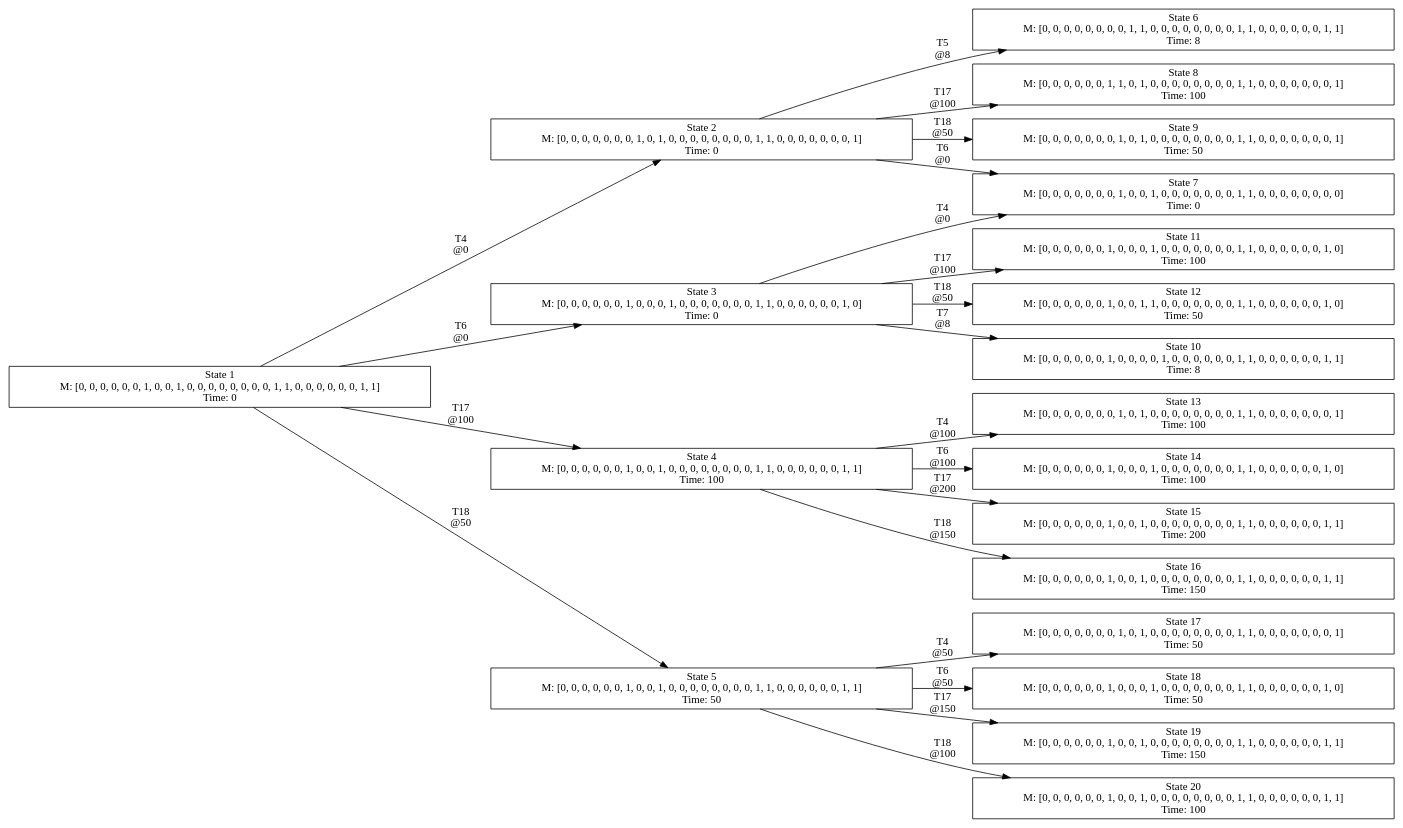
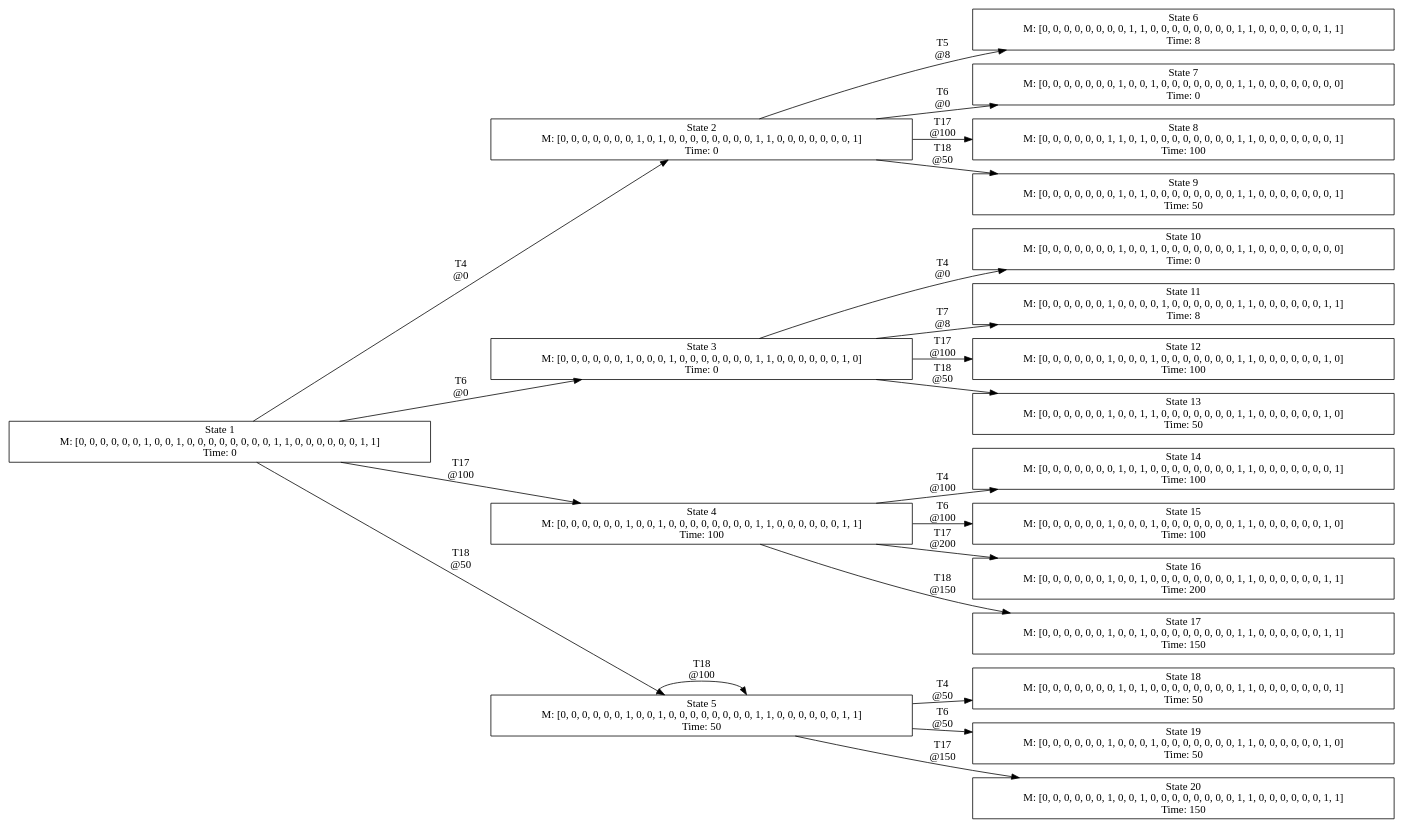
Before and after one commit to kevindadi/PPTPN: the diagram in experiment/point-interval/rt-system/priority/state-class-graph.dot, drawn with Graphviz. The commit also changed 4 other files, not shown here.

Commit message:
重构优先级管理，更新调度相关常量并优化状态图表示

```diff
--- a/experiment/point-interval/rt-system/priority/state-class-graph.dot
+++ b/experiment/point-interval/rt-system/priority/state-class-graph.dot
@@ -1,46 +1,46 @@
 digraph StateClassGraph {
   rankdir=LR;
   node [shape=box];
 
   s1 [label="State 1\nM: [0, 0, 0, 0, 0, 0, 1, 0, 0, 1, 0, 0, 0, 0, 0, 0, 0, 0, 1, 1, 0, 0, 0, 0, 0, 0, 1, 1]\nTime: 0"];
   s2 [label="State 2\nM: [0, 0, 0, 0, 0, 0, 0, 1, 0, 1, 0, 0, 0, 0, 0, 0, 0, 0, 1, 1, 0, 0, 0, 0, 0, 0, 0, 1]\nTime: 0"];
   s3 [label="State 3\nM: [0, 0, 0, 0, 0, 0, 1, 0, 0, 0, 1, 0, 0, 0, 0, 0, 0, 0, 1, 1, 0, 0, 0, 0, 0, 0, 1, 0]\nTime: 0"];
   s4 [label="State 4\nM: [0, 0, 0, 0, 0, 0, 1, 0, 0, 1, 0, 0, 0, 0, 0, 0, 0, 0, 1, 1, 0, 0, 0, 0, 0, 0, 1, 1]\nTime: 100"];
   s5 [label="State 5\nM: [0, 0, 0, 0, 0, 0, 1, 0, 0, 1, 0, 0, 0, 0, 0, 0, 0, 0, 1, 1, 0, 0, 0, 0, 0, 0, 1, 1]\nTime: 50"];
   s6 [label="State 6\nM: [0, 0, 0, 0, 0, 0, 0, 0, 1, 1, 0, 0, 0, 0, 0, 0, 0, 0, 1, 1, 0, 0, 0, 0, 0, 0, 1, 1]\nTime: 8"];
   s7 [label="State 7\nM: [0, 0, 0, 0, 0, 0, 0, 1, 0, 0, 1, 0, 0, 0, 0, 0, 0, 0, 1, 1, 0, 0, 0, 0, 0, 0, 0, 0]\nTime: 0"];
   s8 [label="State 8\nM: [0, 0, 0, 0, 0, 0, 1, 1, 0, 1, 0, 0, 0, 0, 0, 0, 0, 0, 1, 1, 0, 0, 0, 0, 0, 0, 0, 1]\nTime: 100"];
   s9 [label="State 9\nM: [0, 0, 0, 0, 0, 0, 0, 1, 0, 1, 0, 0, 0, 0, 0, 0, 0, 0, 1, 1, 0, 0, 0, 0, 0, 0, 0, 1]\nTime: 50"];
-  s10 [label="State 10\nM: [0, 0, 0, 0, 0, 0, 1, 0, 0, 0, 0, 1, 0, 0, 0, 0, 0, 0, 1, 1, 0, 0, 0, 0, 0, 0, 1, 1]\nTime: 8"];
-  s11 [label="State 11\nM: [0, 0, 0, 0, 0, 0, 1, 0, 0, 0, 1, 0, 0, 0, 0, 0, 0, 0, 1, 1, 0, 0, 0, 0, 0, 0, 1, 0]\nTime: 100"];
-  s12 [label="State 12\nM: [0, 0, 0, 0, 0, 0, 1, 0, 0, 1, 1, 0, 0, 0, 0, 0, 0, 0, 1, 1, 0, 0, 0, 0, 0, 0, 1, 0]\nTime: 50"];
-  s13 [label="State 13\nM: [0, 0, 0, 0, 0, 0, 0, 1, 0, 1, 0, 0, 0, 0, 0, 0, 0, 0, 1, 1, 0, 0, 0, 0, 0, 0, 0, 1]\nTime: 100"];
-  s14 [label="State 14\nM: [0, 0, 0, 0, 0, 0, 1, 0, 0, 0, 1, 0, 0, 0, 0, 0, 0, 0, 1, 1, 0, 0, 0, 0, 0, 0, 1, 0]\nTime: 100"];
-  s15 [label="State 15\nM: [0, 0, 0, 0, 0, 0, 1, 0, 0, 1, 0, 0, 0, 0, 0, 0, 0, 0, 1, 1, 0, 0, 0, 0, 0, 0, 1, 1]\nTime: 200"];
-  s16 [label="State 16\nM: [0, 0, 0, 0, 0, 0, 1, 0, 0, 1, 0, 0, 0, 0, 0, 0, 0, 0, 1, 1, 0, 0, 0, 0, 0, 0, 1, 1]\nTime: 150"];
-  s17 [label="State 17\nM: [0, 0, 0, 0, 0, 0, 0, 1, 0, 1, 0, 0, 0, 0, 0, 0, 0, 0, 1, 1, 0, 0, 0, 0, 0, 0, 0, 1]\nTime: 50"];
-  s18 [label="State 18\nM: [0, 0, 0, 0, 0, 0, 1, 0, 0, 0, 1, 0, 0, 0, 0, 0, 0, 0, 1, 1, 0, 0, 0, 0, 0, 0, 1, 0]\nTime: 50"];
-  s19 [label="State 19\nM: [0, 0, 0, 0, 0, 0, 1, 0, 0, 1, 0, 0, 0, 0, 0, 0, 0, 0, 1, 1, 0, 0, 0, 0, 0, 0, 1, 1]\nTime: 150"];
-  s20 [label="State 20\nM: [0, 0, 0, 0, 0, 0, 1, 0, 0, 1, 0, 0, 0, 0, 0, 0, 0, 0, 1, 1, 0, 0, 0, 0, 0, 0, 1, 1]\nTime: 100"];
+  s10 [label="State 10\nM: [0, 0, 0, 0, 0, 0, 0, 1, 0, 0, 1, 0, 0, 0, 0, 0, 0, 0, 1, 1, 0, 0, 0, 0, 0, 0, 0, 0]\nTime: 0"];
+  s11 [label="State 11\nM: [0, 0, 0, 0, 0, 0, 1, 0, 0, 0, 0, 1, 0, 0, 0, 0, 0, 0, 1, 1, 0, 0, 0, 0, 0, 0, 1, 1]\nTime: 8"];
+  s12 [label="State 12\nM: [0, 0, 0, 0, 0, 0, 1, 0, 0, 0, 1, 0, 0, 0, 0, 0, 0, 0, 1, 1, 0, 0, 0, 0, 0, 0, 1, 0]\nTime: 100"];
+  s13 [label="State 13\nM: [0, 0, 0, 0, 0, 0, 1, 0, 0, 1, 1, 0, 0, 0, 0, 0, 0, 0, 1, 1, 0, 0, 0, 0, 0, 0, 1, 0]\nTime: 50"];
+  s14 [label="State 14\nM: [0, 0, 0, 0, 0, 0, 0, 1, 0, 1, 0, 0, 0, 0, 0, 0, 0, 0, 1, 1, 0, 0, 0, 0, 0, 0, 0, 1]\nTime: 100"];
+  s15 [label="State 15\nM: [0, 0, 0, 0, 0, 0, 1, 0, 0, 0, 1, 0, 0, 0, 0, 0, 0, 0, 1, 1, 0, 0, 0, 0, 0, 0, 1, 0]\nTime: 100"];
+  s16 [label="State 16\nM: [0, 0, 0, 0, 0, 0, 1, 0, 0, 1, 0, 0, 0, 0, 0, 0, 0, 0, 1, 1, 0, 0, 0, 0, 0, 0, 1, 1]\nTime: 200"];
+  s17 [label="State 17\nM: [0, 0, 0, 0, 0, 0, 1, 0, 0, 1, 0, 0, 0, 0, 0, 0, 0, 0, 1, 1, 0, 0, 0, 0, 0, 0, 1, 1]\nTime: 150"];
+  s18 [label="State 18\nM: [0, 0, 0, 0, 0, 0, 0, 1, 0, 1, 0, 0, 0, 0, 0, 0, 0, 0, 1, 1, 0, 0, 0, 0, 0, 0, 0, 1]\nTime: 50"];
+  s19 [label="State 19\nM: [0, 0, 0, 0, 0, 0, 1, 0, 0, 0, 1, 0, 0, 0, 0, 0, 0, 0, 1, 1, 0, 0, 0, 0, 0, 0, 1, 0]\nTime: 50"];
+  s20 [label="State 20\nM: [0, 0, 0, 0, 0, 0, 1, 0, 0, 1, 0, 0, 0, 0, 0, 0, 0, 0, 1, 1, 0, 0, 0, 0, 0, 0, 1, 1]\nTime: 150"];
 
   s1 -> s2 [label="T4\n@0"];
   s1 -> s3 [label="T6\n@0"];
   s1 -> s4 [label="T17\n@100"];
   s1 -> s5 [label="T18\n@50"];
   s2 -> s6 [label="T5\n@8"];
   s2 -> s7 [label="T6\n@0"];
   s2 -> s8 [label="T17\n@100"];
   s2 -> s9 [label="T18\n@50"];
-  s3 -> s7 [label="T4\n@0"];
-  s3 -> s10 [label="T7\n@8"];
-  s3 -> s11 [label="T17\n@100"];
-  s3 -> s12 [label="T18\n@50"];
-  s4 -> s13 [label="T4\n@100"];
-  s4 -> s14 [label="T6\n@100"];
-  s4 -> s15 [label="T17\n@200"];
-  s4 -> s16 [label="T18\n@150"];
-  s5 -> s17 [label="T4\n@50"];
-  s5 -> s18 [label="T6\n@50"];
-  s5 -> s19 [label="T17\n@150"];
-  s5 -> s20 [label="T18\n@100"];
+  s3 -> s10 [label="T4\n@0"];
+  s3 -> s11 [label="T7\n@8"];
+  s3 -> s12 [label="T17\n@100"];
+  s3 -> s13 [label="T18\n@50"];
+  s4 -> s14 [label="T4\n@100"];
+  s4 -> s15 [label="T6\n@100"];
+  s4 -> s16 [label="T17\n@200"];
+  s4 -> s17 [label="T18\n@150"];
+  s5 -> s18 [label="T4\n@50"];
+  s5 -> s19 [label="T6\n@50"];
+  s5 -> s20 [label="T17\n@150"];
+  s5 -> s5 [label="T18\n@100"];
 }
```
